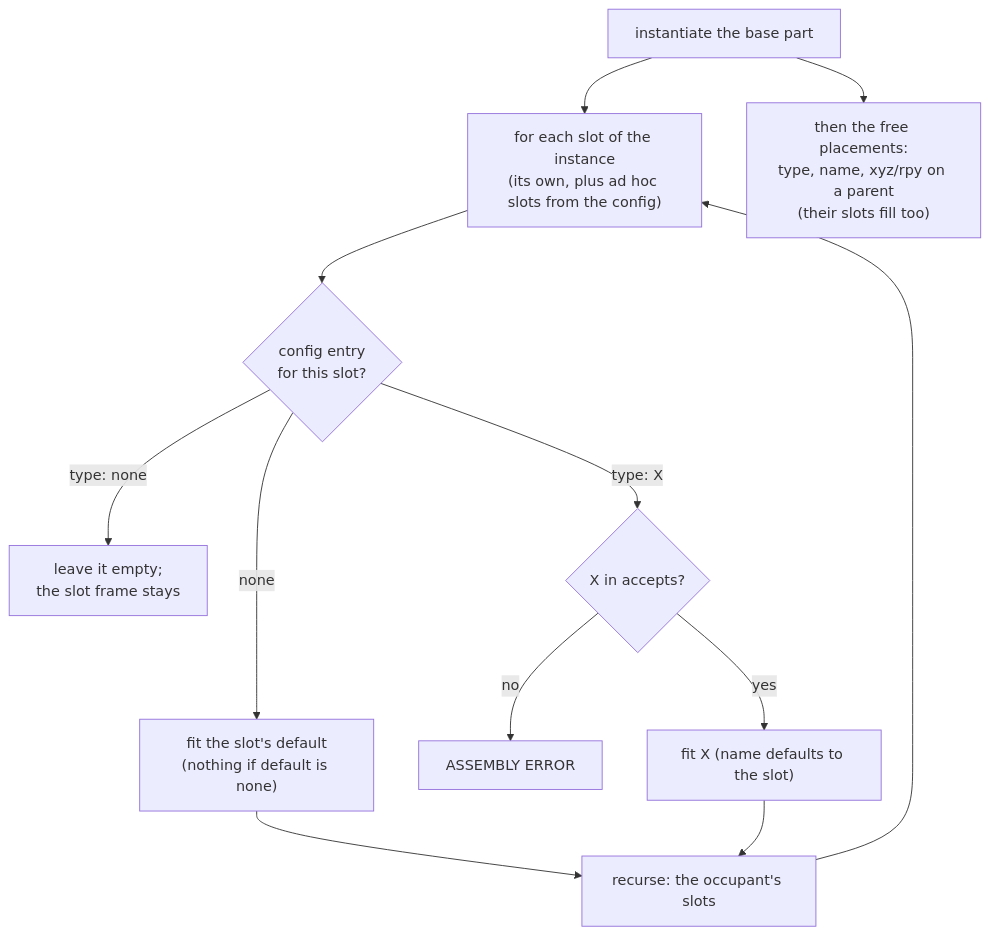
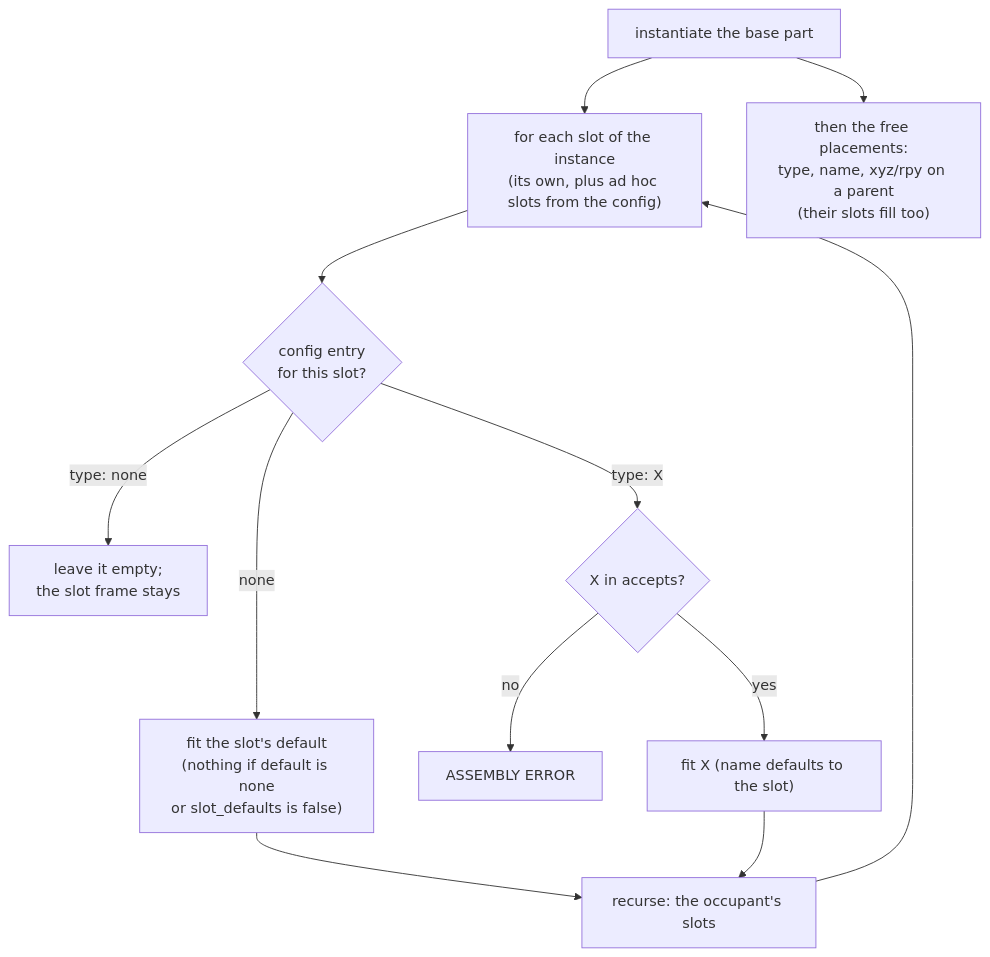
The second of 2 diagrams in docs/design/slots.md (HonuRobotics/bluerobotics_models), drawn with Mermaid before and after one commit. The commit also changed other lines of this file and 10 other files, not shown here.

````diff
--- a/docs/design/slots.md
+++ b/docs/design/slots.md
@@ -26,14 +26,14 @@
 ```{mermaid}
 flowchart TD
   A["instantiate the base part"] --> B["for each slot of the instance<br/>(its own, plus ad hoc slots from the config)"]
   B --> C{"config entry<br/>for this slot?"}
-  C -- "none" --> D["fit the slot's default<br/>(nothing if default is none)"]
+  C -- "none" --> D["fit the slot's default<br/>(nothing if default is none<br/>or slot_defaults is false)"]
   C -- "type: none" --> E["leave it empty;<br/>the slot frame stays"]
   C -- "type: X" --> F{"X in accepts?"}
   F -- "no" --> G["ASSEMBLY ERROR"]
   F -- "yes" --> H["fit X (name defaults to the slot)"]
   D --> I["recurse: the occupant's slots"]
   H --> I
   I --> B
   A --> J["then the free placements:<br/>type, name, xyz/rpy on a parent<br/>(their slots fill too)"]
 ```
````
